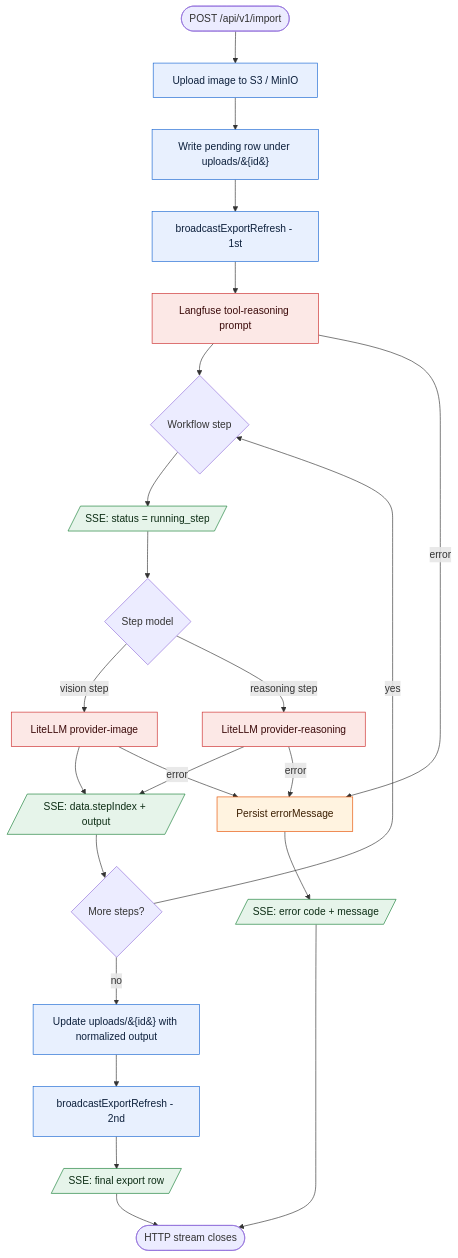
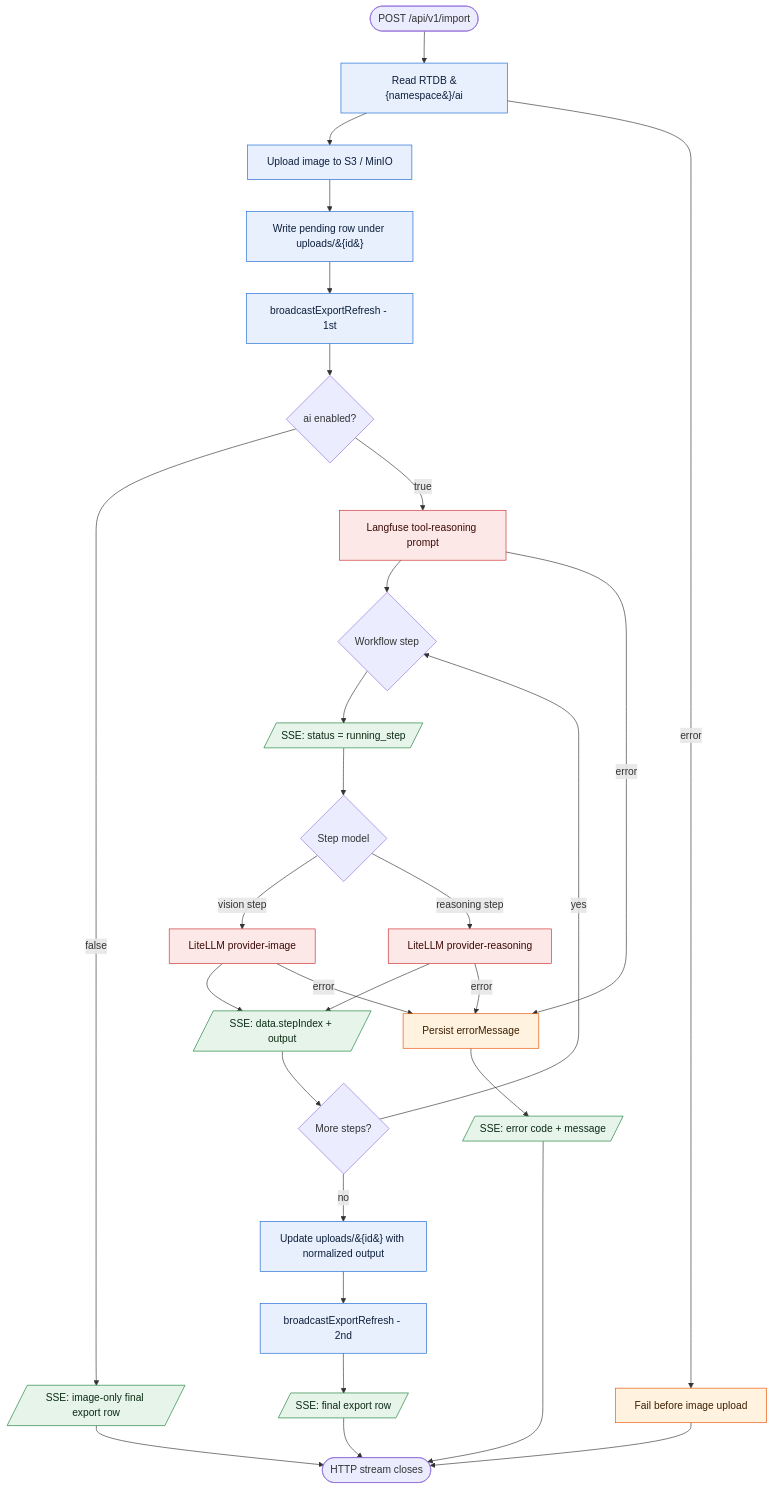
Before and after one commit to lowjungxuan98/AirEye: the diagram in docs/workflow.md, drawn with Mermaid. The commit also changed other lines of this file and 71 other files, not shown here.

````diff
--- a/docs/workflow.md
+++ b/docs/workflow.md
@@ -20,36 +24,42 @@
 ```mermaid
 flowchart TD
-    Start([POST /api/v1/import]) --> S3[Upload image to S3 / MinIO]
+    Start([POST /api/v1/import]) --> AiFlag[Read RTDB &#123;namespace&#125;/ai]
+    AiFlag --> S3[Upload image to S3 / MinIO]
     S3 --> RTDB1[Write pending row under uploads/&#123;id&#125;]
     RTDB1 --> FCM1[broadcastExportRefresh - 1st]
-    FCM1 --> Plan[Langfuse tool-reasoning prompt]
+    FCM1 --> AiEnabled{ai enabled?}
+    AiEnabled -- false --> EmitImageOnly[/SSE: image-only final export row/]
+    EmitImageOnly --> Done([HTTP stream closes])
+    AiEnabled -- true --> Plan[Langfuse tool-reasoning prompt]
     Plan --> StepLoop{Workflow step}
     StepLoop --> Running[/SSE: status = running_step/]
     Running --> StepModel{Step model}
     StepModel -- vision step --> Vision[LiteLLM provider-image]
     StepModel -- reasoning step --> Reasoning[LiteLLM provider-reasoning]
     Vision --> Output[/SSE: data.stepIndex + output/]
     Reasoning --> Output
     Output --> More{More steps?}
     More -- yes --> StepLoop
     More -- no --> RTDB2[Update uploads/&#123;id&#125; with normalized output]
     RTDB2 --> FCM2[broadcastExportRefresh - 2nd]
     FCM2 --> EmitRow[/SSE: final export row/]
-    EmitRow --> Done([HTTP stream closes])
+    EmitRow --> Done
 
+    AiFlag -- error --> PreflightError[Fail before image upload]
+    PreflightError --> Done
     Plan -- error --> ErrorPath[Persist errorMessage]
     Vision -- error --> ErrorPath
     Reasoning -- error --> ErrorPath
     ErrorPath --> EmitError[/SSE: error code + message/]
     EmitError --> Done
 
     classDef llm fill:#fce8e6,stroke:#cc2c2c,color:#3b0a0a
     classDef sse fill:#e6f4ea,stroke:#188038,color:#0c2c14
     classDef store fill:#e8f0fe,stroke:#1967d2,color:#0c1f3b
     classDef err fill:#fff3e0,stroke:#e65100,color:#3b1e00
 
     class Plan,Vision,Reasoning llm
-    class Running,Output,EmitRow,EmitError sse
-    class S3,RTDB1,RTDB2,FCM1,FCM2 store
-    class ErrorPath err
+    class Running,Output,EmitRow,EmitImageOnly,EmitError sse
+    class AiFlag,S3,RTDB1,RTDB2,FCM1,FCM2 store
+    class ErrorPath,PreflightError err
 ```
````
